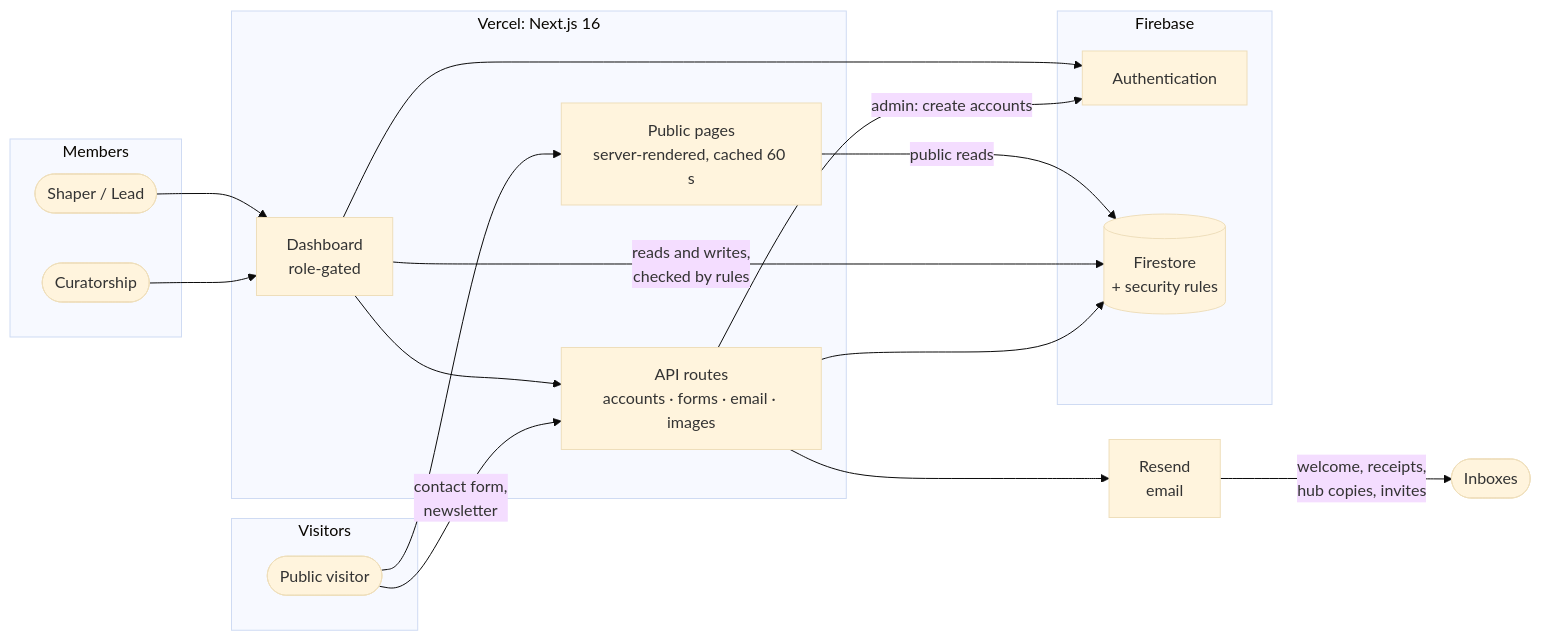
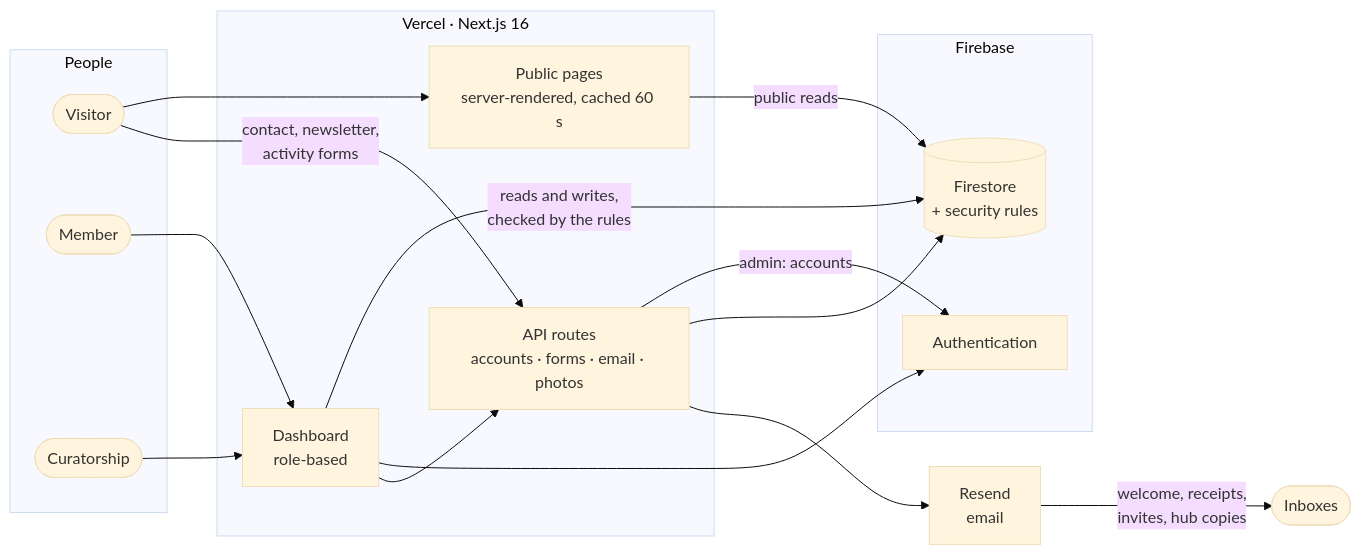
One commit to The-Dark-Ranger/Jeddah-Hub changed the first of 2 diagrams in README.md. Above: the diagram before and after it, drawn with Mermaid (base theme). The commit also changed other lines of this file and 22 other files, not shown here.

````diff
--- a/README.md
+++ b/README.md
@@ -20,33 +45,31 @@
 ```mermaid
 flowchart LR
-    subgraph Visitors
-        V([Public visitor])
-    end
-    subgraph Members
-        S([Shaper / Lead])
+    subgraph People
+        V([Visitor])
+        M([Member])
         C([Curatorship])
     end
-    subgraph Vercel["Vercel: Next.js 16"]
+    subgraph Vercel["Vercel · Next.js 16"]
         PUB[Public pages<br/>server-rendered, cached 60 s]
-        DASH[Dashboard<br/>role-gated]
-        API[API routes<br/>accounts · forms · email · images]
+        DASH[Dashboard<br/>role-based]
+        API[API routes<br/>accounts · forms · email · photos]
     end
     subgraph Firebase
         AUTH[Authentication]
         FS[(Firestore<br/>+ security rules)]
     end
     RS[Resend<br/>email]
 
     V --> PUB
-    S --> DASH
+    M --> DASH
     C --> DASH
     PUB -->|public reads| FS
-    DASH -->|reads and writes,<br/>checked by rules| FS
+    DASH -->|reads and writes,<br/>checked by the rules| FS
     DASH --> AUTH
     DASH --> API
-    API -->|admin: create accounts| AUTH
-    V -->|contact form,<br/>newsletter| API
+    V -->|contact, newsletter,<br/>activity forms| API
+    API -->|admin: accounts| AUTH
     API --> FS
     API --> RS
-    RS -->|welcome, receipts,<br/>hub copies, invites| E([Inboxes])
+    RS -->|welcome, receipts,<br/>invites, hub copies| E([Inboxes])
 ```
````
